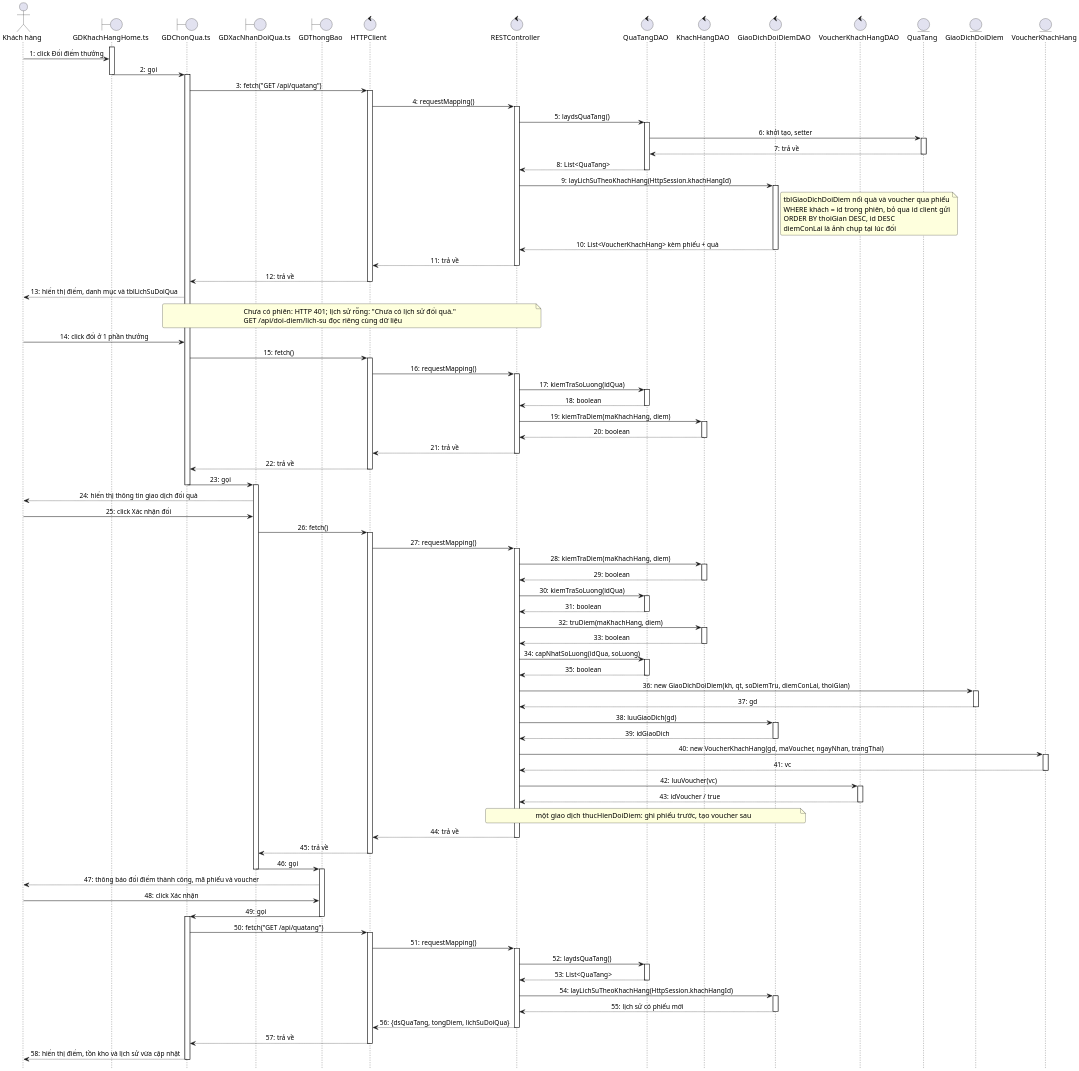
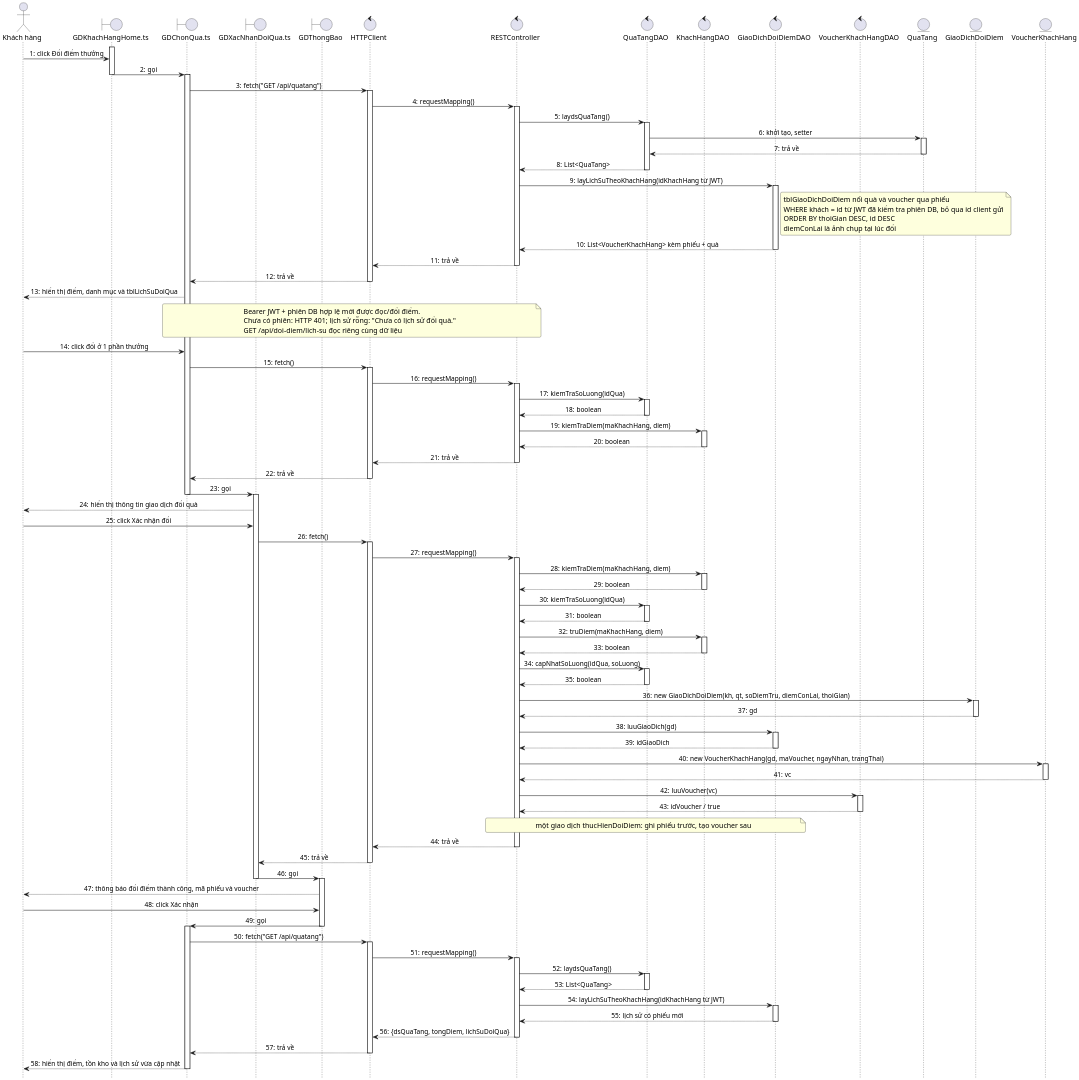
Before and after one commit to 22imer/PTTK-CineMan: the diagram in diagrams/puml/hinh-3-25-tuan-tu-doi-diem.puml, drawn with PlantUML. The commit also changed 42 other files, not shown here.

Commit message:
feat(auth): cấp phiên JWT và đồng bộ đăng nhập nhiều tab

```diff
--- a/diagrams/puml/hinh-3-25-tuan-tu-doi-diem.puml
+++ b/diagrams/puml/hinh-3-25-tuan-tu-doi-diem.puml
@@ -1,114 +1,114 @@
 @startuml hinh-3-25-tuan-tu-doi-diem
 ' Hình 3.25 . Biểu đồ tuần tự chức năng Đổi điểm thưởng lấy quà tặng/vé (pha thiết kế, kịch bản V3)
 ' Nguồn: Hình 3.19 và mục 3.3.3 của bao-cao-hoan-thien.md; kịch bản V2 mục 2.5.3
 '       cả thucHienDoiDiem là một giao dịch; capNhatSoLuong có tham số.
 
 ' Kiểu dùng chung: bản sao _skin.puml để dán thẳng lên web; sửa _skin.puml thì sửa cả ở đây
 skinparam defaultFontName "Times New Roman"
 skinparam defaultFontSize 14
 skinparam backgroundColor white
 skinparam shadowing false
 skinparam dpi 200
 skinparam roundCorner 6
 skinparam ArrowFontSize 13
 skinparam ClassFontSize 14
 skinparam ClassAttributeFontSize 13
 skinparam SequenceMessageAlignment center
 
 hide footbox
 autonumber "0:"
 
 actor "Khách hàng" as KH
 boundary "GDKhachHangHome.ts" as HOME
 boundary "GDChonQua.ts" as CQ
 boundary "GDXacNhanDoiQua.ts" as XQ
 boundary "GDThongBao" as TB
 control "HTTPClient" as HC
 control "RESTController" as RC
 control "QuaTangDAO" as QTD
 control "KhachHangDAO" as KHD
 control "GiaoDichDoiDiemDAO" as GDD
 control "VoucherKhachHangDAO" as VKD
 entity "QuaTang" as QTE
 entity "GiaoDichDoiDiem" as GDE
 entity "VoucherKhachHang" as VKE
 
 activate HOME
 KH -> HOME : click Đổi điểm thưởng
 HOME -> CQ : gọi
 deactivate HOME
 activate CQ
 CQ -> HC ++ : fetch("GET /api/quatang")
 HC -> RC ++ : requestMapping()
 RC -> QTD ++ : laydsQuaTang()
 QTD -> QTE ++ : khởi tạo, setter
 QTE --> QTD -- : trả về
 QTD --> RC -- : List<QuaTang>
-RC -> GDD ++ : layLichSuTheoKhachHang(HttpSession.khachHangId)
+RC -> GDD ++ : layLichSuTheoKhachHang(idKhachHang từ JWT)
 note right of GDD
   tblGiaoDichDoiDiem nối quà và voucher qua phiếu
-  WHERE khách = id trong phiên, bỏ qua id client gửi
+  WHERE khách = id từ JWT đã kiểm tra phiên DB, bỏ qua id client gửi
   ORDER BY thoiGian DESC, id DESC
   diemConLai là ảnh chụp tại lúc đổi
 end note
 GDD --> RC -- : List<VoucherKhachHang> kèm phiếu + quà
 RC --> HC -- : trả về
 HC --> CQ -- : trả về
 CQ --> KH : hiển thị điểm, danh mục và tblLichSuDoiQua
-note over CQ, RC : Chưa có phiên: HTTP 401; lịch sử rỗng: "Chưa có lịch sử đổi quà."\nGET /api/doi-diem/lich-su đọc riêng cùng dữ liệu
+note over CQ, RC : Bearer JWT + phiên DB hợp lệ mới được đọc/đổi điểm.\nChưa có phiên: HTTP 401; lịch sử rỗng: "Chưa có lịch sử đổi quà."\nGET /api/doi-diem/lich-su đọc riêng cùng dữ liệu
 
 KH -> CQ : click đổi ở 1 phần thưởng
 CQ -> HC ++ : fetch()
 HC -> RC ++ : requestMapping()
 RC -> QTD ++ : kiemTraSoLuong(idQua)
 QTD --> RC -- : boolean
 RC -> KHD ++ : kiemTraDiem(maKhachHang, diem)
 KHD --> RC -- : boolean
 RC --> HC -- : trả về
 HC --> CQ -- : trả về
 CQ -> XQ : gọi
 deactivate CQ
 activate XQ
 XQ --> KH : hiển thị thông tin giao dịch đổi quà
 
 KH -> XQ : click Xác nhận đổi
 XQ -> HC ++ : fetch()
 HC -> RC ++ : requestMapping()
 RC -> KHD ++ : kiemTraDiem(maKhachHang, diem)
 KHD --> RC -- : boolean
 RC -> QTD ++ : kiemTraSoLuong(idQua)
 QTD --> RC -- : boolean
 RC -> KHD ++ : truDiem(maKhachHang, diem)
 KHD --> RC -- : boolean
 RC -> QTD ++ : capNhatSoLuong(idQua, soLuong)
 QTD --> RC -- : boolean
 RC -> GDE ++ : new GiaoDichDoiDiem(kh, qt, soDiemTru, diemConLai, thoiGian)
 GDE --> RC -- : gd
 RC -> GDD ++ : luuGiaoDich(gd)
 GDD --> RC -- : idGiaoDich
 RC -> VKE ++ : new VoucherKhachHang(gd, maVoucher, ngayNhan, trangThai)
 VKE --> RC -- : vc
 RC -> VKD ++ : luuVoucher(vc)
 VKD --> RC -- : idVoucher / true
 note over RC, GDD : một giao dịch thucHienDoiDiem: ghi phiếu trước, tạo voucher sau
 RC --> HC -- : trả về
 HC --> XQ -- : trả về
 XQ -> TB : gọi
 deactivate XQ
 activate TB
 TB --> KH : thông báo đổi điểm thành công, mã phiếu và voucher
 KH -> TB : click Xác nhận
 TB -> CQ : gọi
 deactivate TB
 activate CQ
 CQ -> HC ++ : fetch("GET /api/quatang")
 HC -> RC ++ : requestMapping()
 RC -> QTD ++ : laydsQuaTang()
 QTD --> RC -- : List<QuaTang>
-RC -> GDD ++ : layLichSuTheoKhachHang(HttpSession.khachHangId)
+RC -> GDD ++ : layLichSuTheoKhachHang(idKhachHang từ JWT)
 GDD --> RC -- : lịch sử có phiếu mới
 RC --> HC -- : {dsQuaTang, tongDiem, lichSuDoiQua}
 HC --> CQ -- : trả về
 CQ --> KH : hiển thị điểm, tồn kho và lịch sử vừa cập nhật
 deactivate CQ
 @enduml
```
